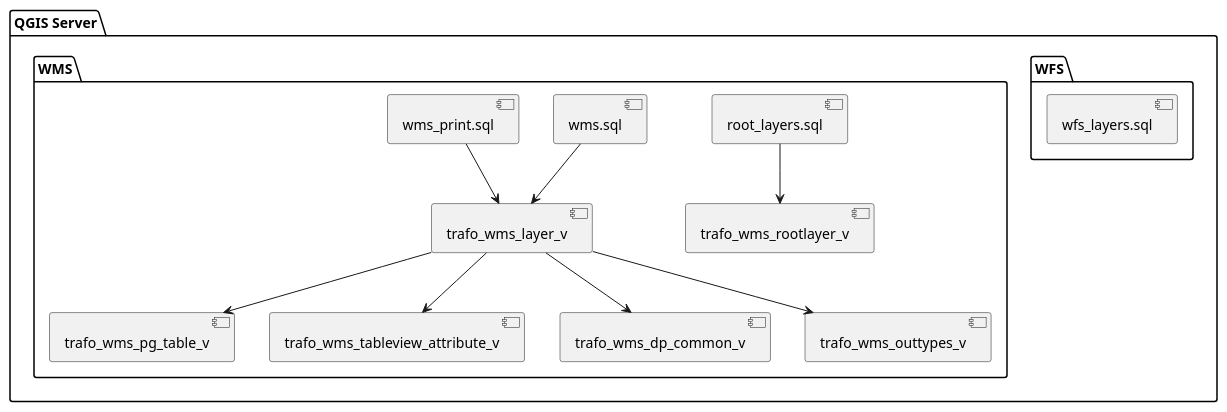
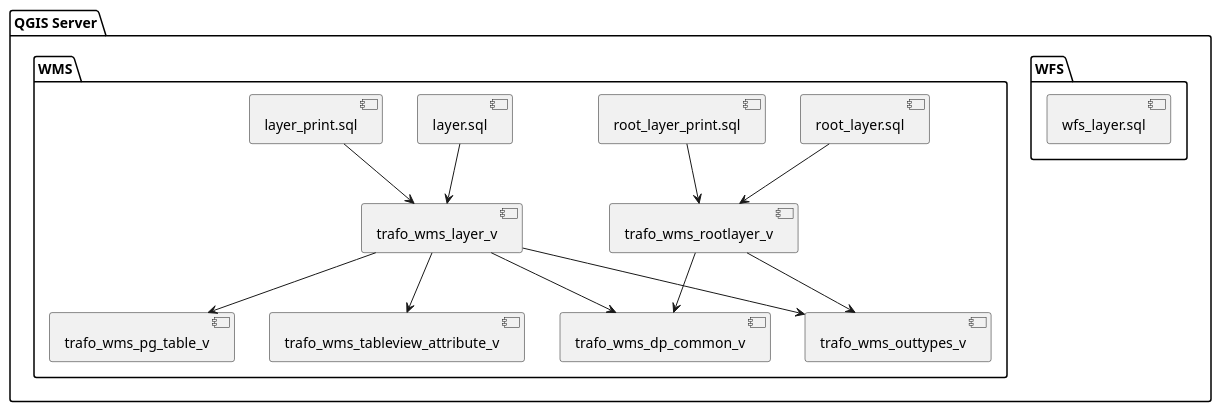
One commit to sogis/pipelines changed the diagram in api_webgisclient/sql2json/doc/query_dependencies.puml. Above: the diagram before and after it, drawn with PlantUML. The commit also changed 7 other files, not shown here.

```diff
--- a/api_webgisclient/sql2json/doc/query_dependencies.puml
+++ b/api_webgisclient/sql2json/doc/query_dependencies.puml
@@ -1,34 +1,38 @@
 @startuml
 
 package "QGIS Server" {
     package "WFS" {
-        [wfs_layers.sql]
-    
+        [wfs_layer.sql]
     }
     
     package "WMS" {
-        [root_layers.sql]
-        [wms.sql]
-        [wms_print.sql]
+        [root_layer.sql]
+        [root_layer_print.sql]
+        [layer.sql]
+        [layer_print.sql]
         
 
         [trafo_wms_layer_v]
         [trafo_wms_pg_table_v]
         [trafo_wms_tableview_attribute_v]
         [trafo_wms_dp_common_v]
         [trafo_wms_outtypes_v]
         [trafo_wms_rootlayer_v]
         
-        root_layers.sql --> trafo_wms_rootlayer_v
+        root_layer.sql --> trafo_wms_rootlayer_v
+        root_layer_print.sql --> trafo_wms_rootlayer_v
         
-        wms.sql --> trafo_wms_layer_v
-        wms_print.sql --> trafo_wms_layer_v
+        trafo_wms_rootlayer_v --> trafo_wms_dp_common_v
+        trafo_wms_rootlayer_v --> trafo_wms_outtypes_v
+        
+        layer.sql --> trafo_wms_layer_v
+        layer_print.sql --> trafo_wms_layer_v
         
         trafo_wms_layer_v --> trafo_wms_pg_table_v
         trafo_wms_layer_v --> trafo_wms_tableview_attribute_v
         trafo_wms_layer_v --> trafo_wms_dp_common_v
         trafo_wms_layer_v --> trafo_wms_outtypes_v
     }
 }
 
 @enduml
```
